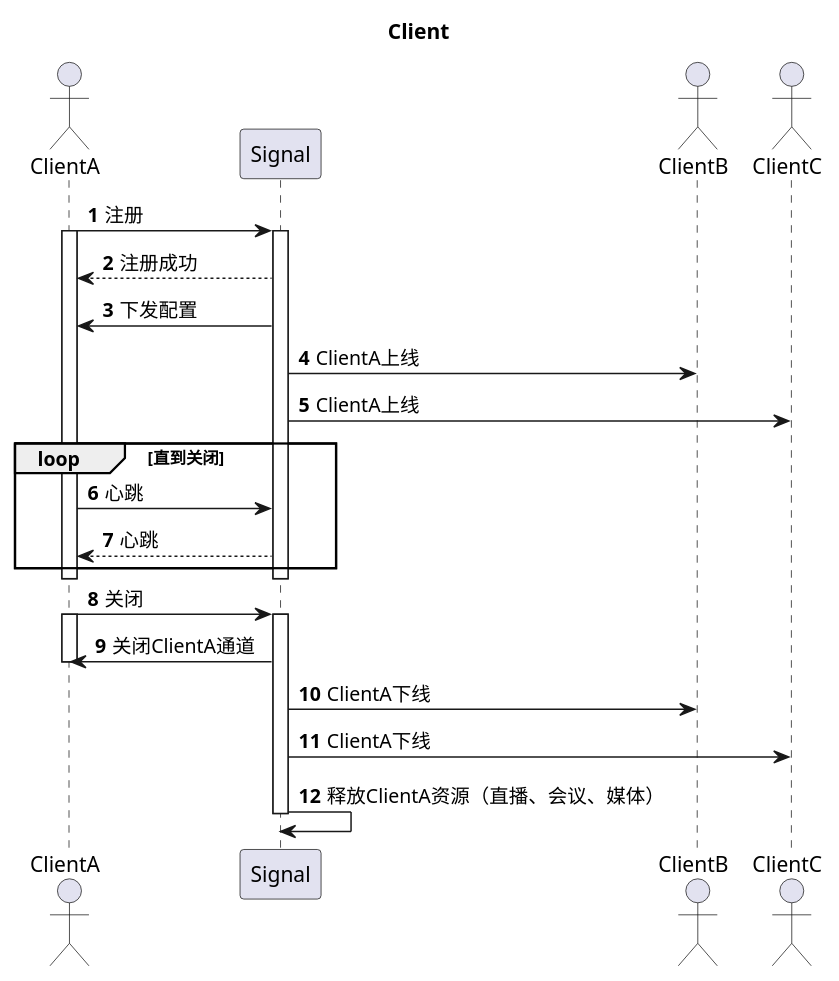
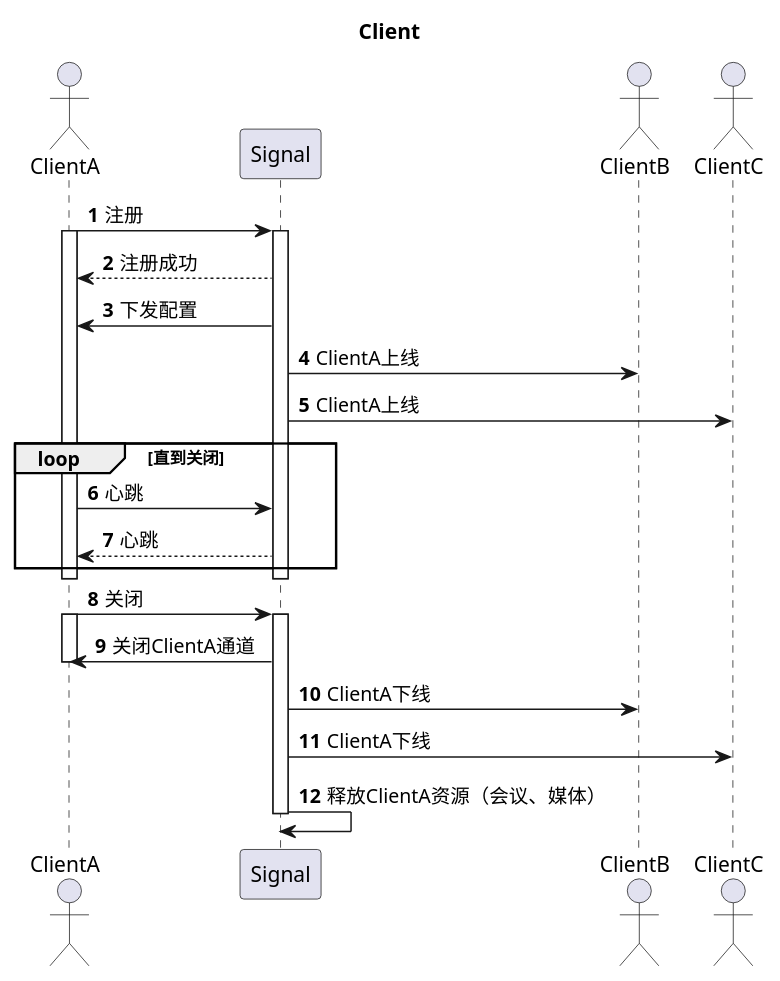
Before and after one commit to acgist/taoyao: the diagram in docs/sequence/Client.iuml, drawn with PlantUML. The commit also changed 26 other files, not shown here.

```diff
--- a/docs/sequence/Client.iuml
+++ b/docs/sequence/Client.iuml
@@ -1,36 +1,36 @@
 @startuml
 
 title Client
 
 actor ClientA as ClientA
 participant "Signal" as Signal
 actor ClientB as ClientB
 actor ClientC as ClientC
 
 autonumber
 
 ClientA -> Signal: 注册
 activate ClientA
 activate Signal
 Signal --> ClientA: 注册成功
 Signal -> ClientA: 下发配置
 Signal -> ClientB: ClientA上线
 Signal -> ClientC: ClientA上线
 loop 直到关闭
     ClientA -> Signal: 心跳
     Signal --> ClientA: 心跳
 end
 deactivate Signal
 deactivate ClientA
 
 ClientA -> Signal: 关闭
 activate Signal
 activate ClientA
 Signal -> ClientA: 关闭ClientA通道
 deactivate ClientA
 Signal -> ClientB: ClientA下线
 Signal -> ClientC: ClientA下线
-Signal -> Signal: 释放ClientA资源（直播、会议、媒体）
+Signal -> Signal: 释放ClientA资源（会议、媒体）
 deactivate Signal
 
 @enduml
```
